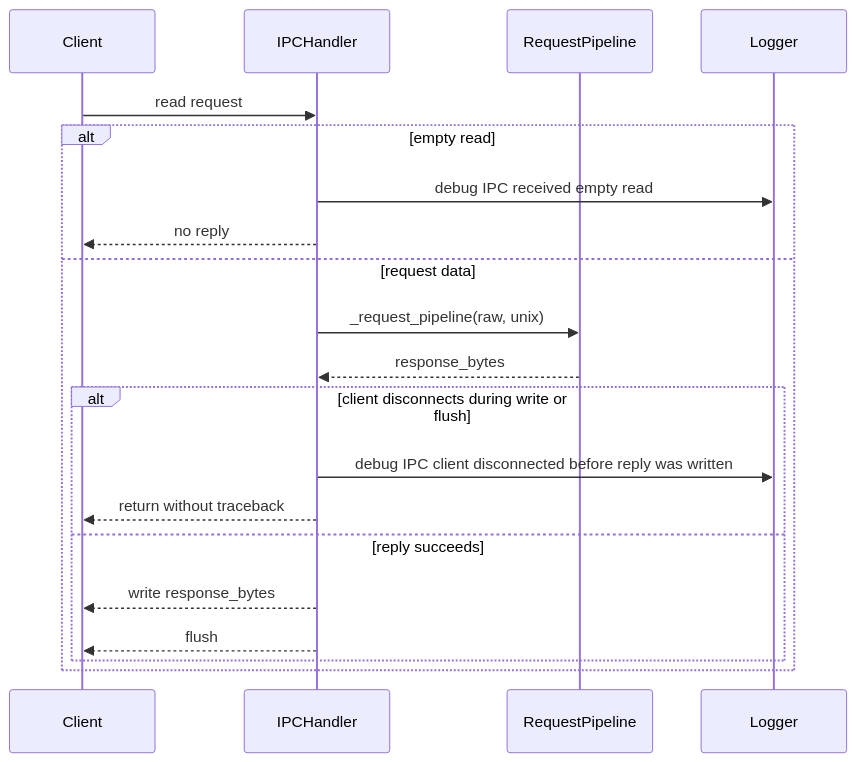
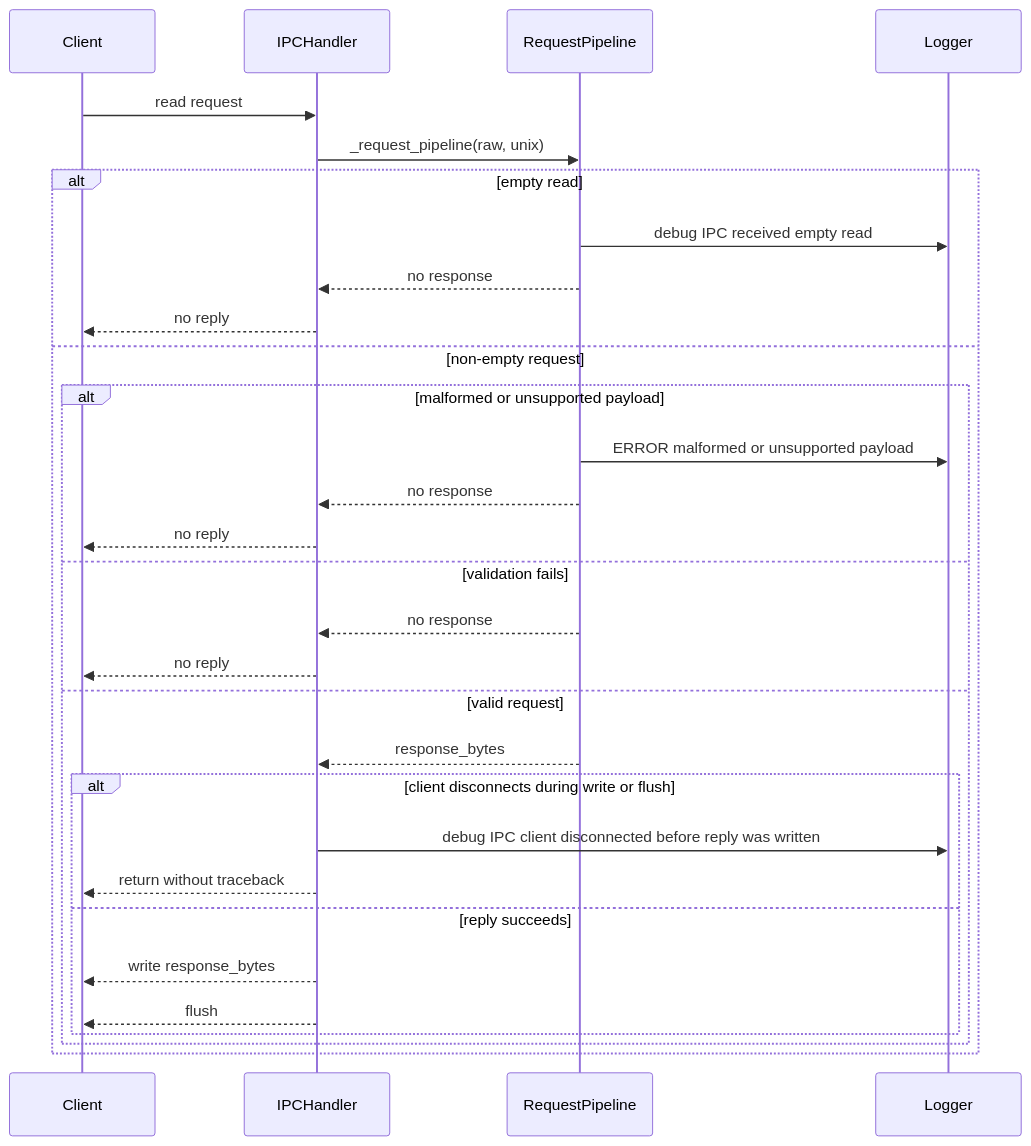
The fifth of 28 diagrams in docs/python-native-command-mocking-design.md (leynos/cmd-mox), drawn with Mermaid before and after one commit. The commit also changed other lines of this file and 2 other files, not shown here.

Commit message:
Stabilize IPC disconnect tests (#256)
Synchronize the early-disconnect regression and start the retry
server on the first recorded connection failure, avoiding timing
races under parallel tests.

Expand the design sequence and accessible caption to reflect the
pipeline's empty-read, invalid-request, validation, and reply-write
paths.

````diff
--- a/docs/python-native-command-mocking-design.md
+++ b/docs/python-native-command-mocking-design.md
@@ -676,23 +679,33 @@
 ```mermaid
 sequenceDiagram
     participant Client
     participant IPCHandler
     participant RequestPipeline
     participant Logger
 
     Client->>IPCHandler: read request
+    IPCHandler->>RequestPipeline: _request_pipeline(raw, unix)
     alt empty read
-        IPCHandler->>Logger: debug IPC received empty read
+        RequestPipeline->>Logger: debug IPC received empty read
+        RequestPipeline-->>IPCHandler: no response
         IPCHandler-->>Client: no reply
-    else request data
-        IPCHandler->>RequestPipeline: _request_pipeline(raw, unix)
-        RequestPipeline-->>IPCHandler: response_bytes
-        alt client disconnects during write or flush
-            IPCHandler->>Logger: debug IPC client disconnected before reply was written
-            IPCHandler-->>Client: return without traceback
-        else reply succeeds
-            IPCHandler-->>Client: write response_bytes
-            IPCHandler-->>Client: flush
+    else non-empty request
+        alt malformed or unsupported payload
+            RequestPipeline->>Logger: ERROR malformed or unsupported payload
+            RequestPipeline-->>IPCHandler: no response
+            IPCHandler-->>Client: no reply
+        else validation fails
+            RequestPipeline-->>IPCHandler: no response
+            IPCHandler-->>Client: no reply
+        else valid request
+            RequestPipeline-->>IPCHandler: response_bytes
+            alt client disconnects during write or flush
+                IPCHandler->>Logger: debug IPC client disconnected before reply was written
+                IPCHandler-->>Client: return without traceback
+            else reply succeeds
+                IPCHandler-->>Client: write response_bytes
+                IPCHandler-->>Client: flush
+            end
         end
     end
 ```
````
